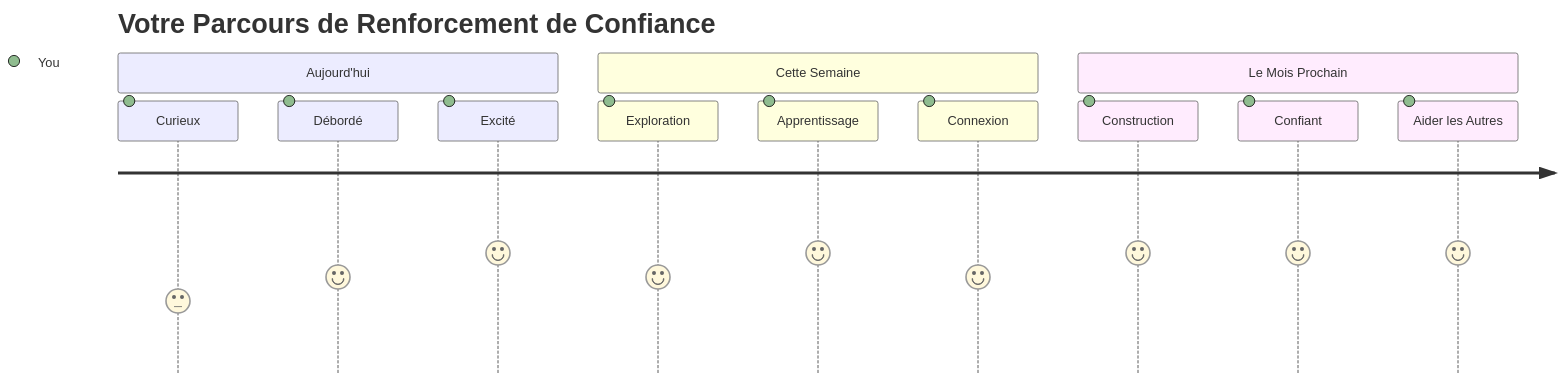
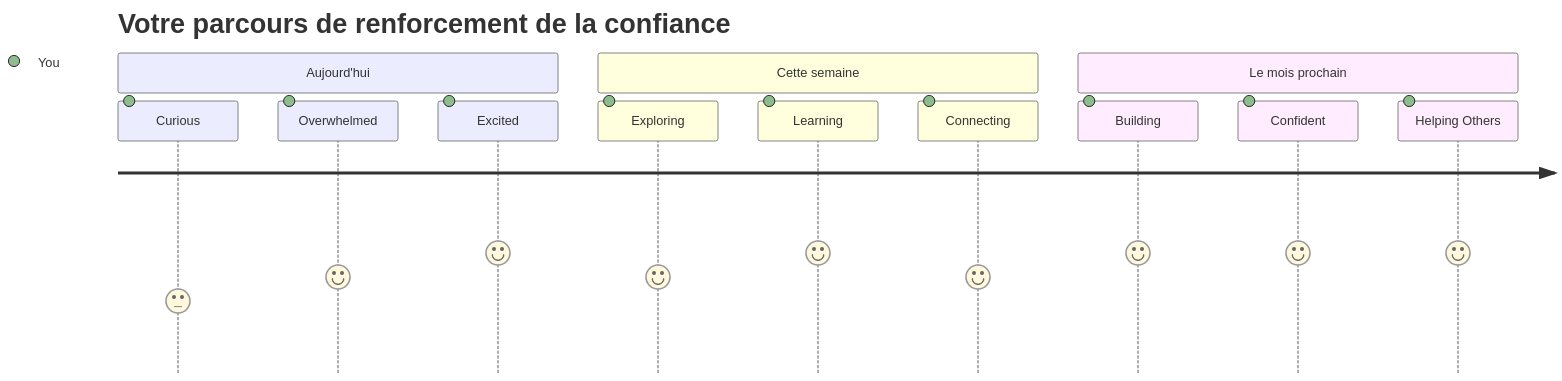
One commit to microsoft/Web-Dev-For-Beginners changed the seventh of 7 diagrams in translations/fr/1-getting-started-lessons/1-intro-to-programming-languages/README.md. Above: the diagram before and after it, drawn with Mermaid. The commit also changed other lines of this file and 393 other files, not shown here.

````diff
--- a/translations/fr/1-getting-started-lessons/1-intro-to-programming-languages/README.md
+++ b/translations/fr/1-getting-started-lessons/1-intro-to-programming-languages/README.md
@@ -831,16 +830,16 @@
 ```mermaid
 journey
-    title Votre Parcours de Renforcement de Confiance
+    title Votre parcours de renforcement de la confiance
     section Aujourd'hui
-      Curieux: 3: You
-      Débordé: 4: You
-      Excité: 5: You
-    section Cette Semaine
-      Exploration: 4: You
-      Apprentissage: 5: You
-      Connexion: 4: You
-    section Le Mois Prochain
-      Construction: 5: You
-      Confiant: 5: You
-      Aider les Autres: 5: You
+      Curious: 3: You
+      Overwhelmed: 4: You
+      Excited: 5: You
+    section Cette semaine
+      Exploring: 4: You
+      Learning: 5: You
+      Connecting: 4: You
+    section Le mois prochain
+      Building: 5: You
+      Confident: 5: You
+      Helping Others: 5: You
 ```
````
